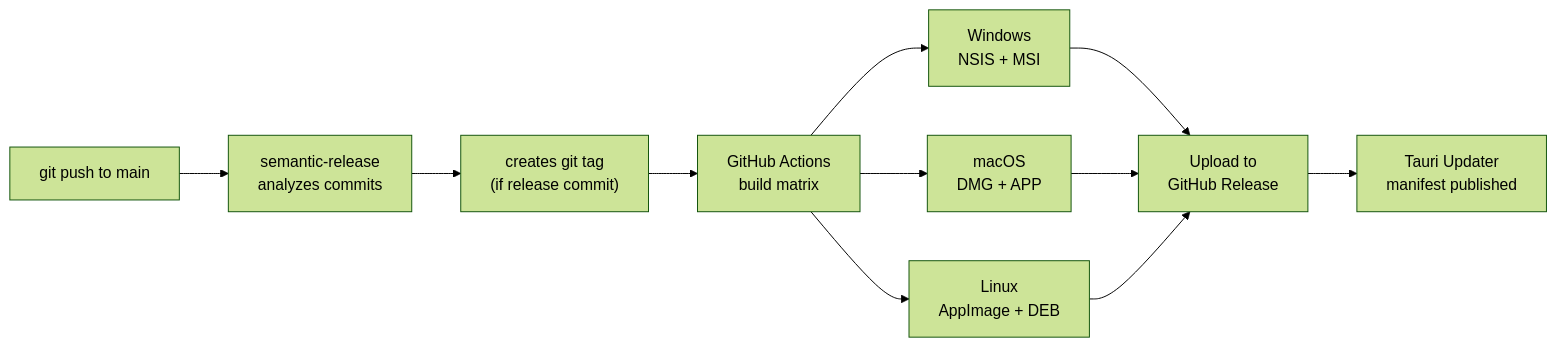
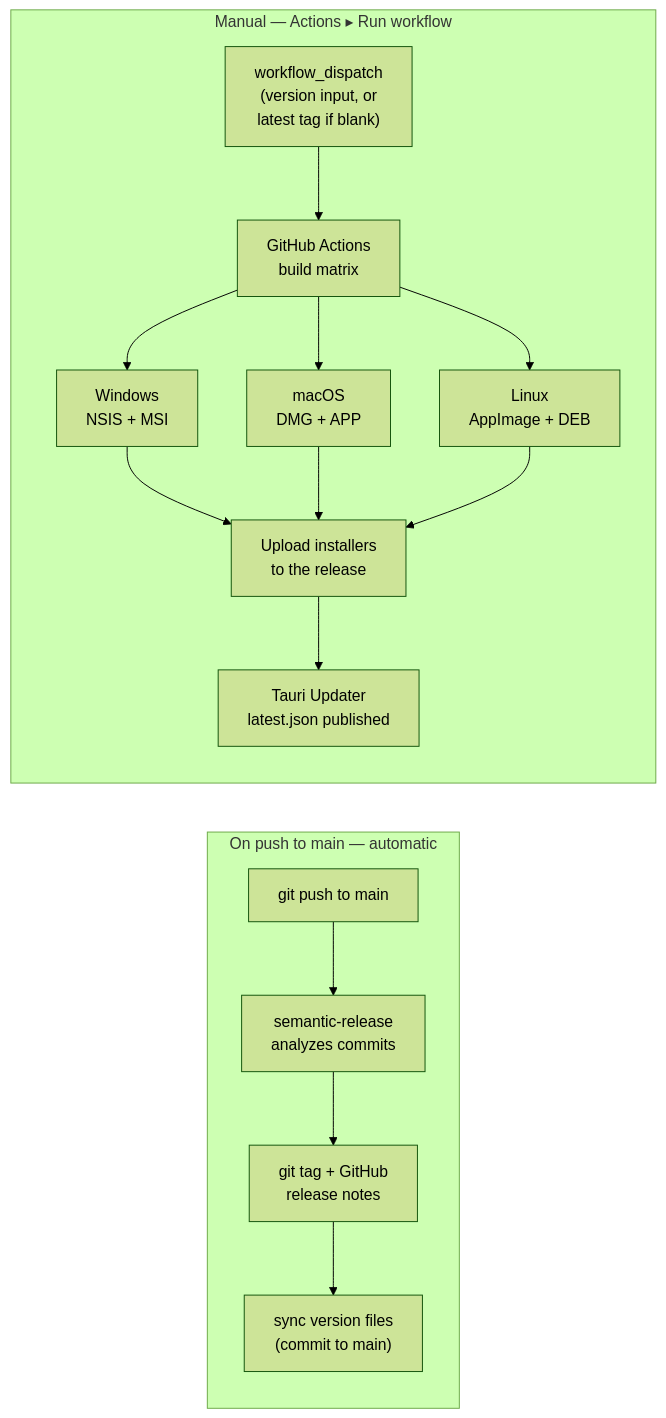
Before and after one commit to saeedkolivand/ai-job-hunter-app: the diagram in docs/DEPLOYMENT.md, drawn with Mermaid (forest theme). The commit also changed other lines of this file and 14 other files, not shown here.

````diff
--- a/docs/DEPLOYMENT.md
+++ b/docs/DEPLOYMENT.md
@@ -108,11 +109,16 @@
 ```mermaid
 graph LR
-    Push["git push to main"] --> Analysis["semantic-release\nanalyzes commits"]
-    Analysis --> Tag["creates git tag\n(if release commit)"]
-    Tag --> Build["GitHub Actions\nbuild matrix"]
-    Build --> Windows["Windows\nNSIS + MSI"]
-    Build --> Mac["macOS\nDMG + APP"]
-    Build --> Linux["Linux\nAppImage + DEB"]
-    Windows & Mac & Linux --> Upload["Upload to\nGitHub Release"]
-    Upload --> UpdateServer["Tauri Updater\nmanifest published"]
+    subgraph auto["On push to main — automatic"]
+        Push["git push to main"] --> Analysis["semantic-release\nanalyzes commits"]
+        Analysis --> Tag["git tag + GitHub\nrelease notes"]
+        Tag --> Sync["sync version files\n(commit to main)"]
+    end
+    subgraph manual["Manual — Actions ▸ Run workflow"]
+        Dispatch["workflow_dispatch\n(version input, or\nlatest tag if blank)"] --> Build["GitHub Actions\nbuild matrix"]
+        Build --> Windows["Windows\nNSIS + MSI"]
+        Build --> Mac["macOS\nDMG + APP"]
+        Build --> Linux["Linux\nAppImage + DEB"]
+        Windows & Mac & Linux --> Upload["Upload installers\nto the release"]
+        Upload --> UpdateServer["Tauri Updater\nlatest.json published"]
+    end
 ```
````
